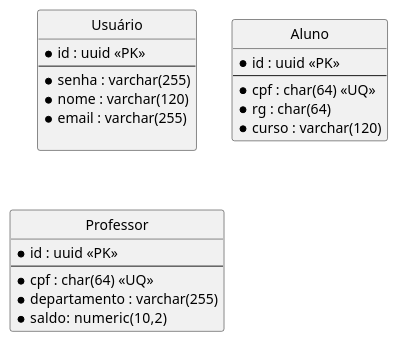
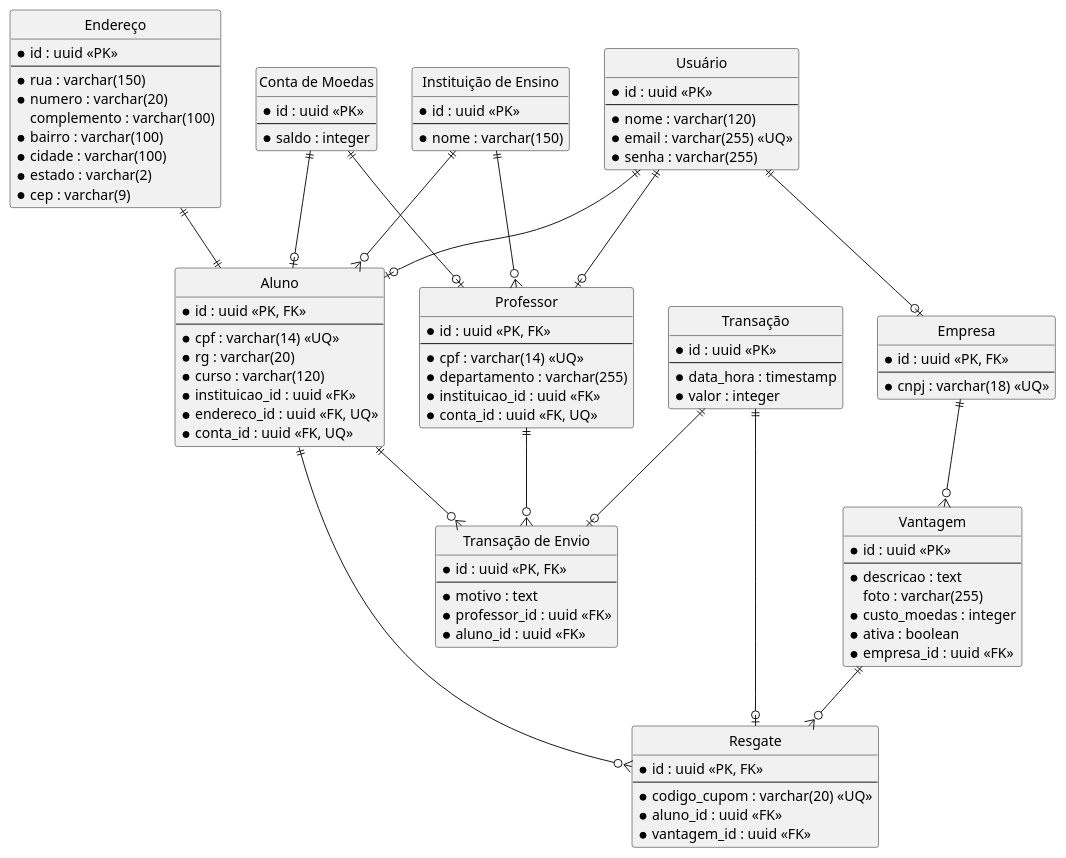
The diagram in docs/diagramas/der.puml (brunokilo/lab03-projetoSoftware), drawn with PlantUML before and after one commit. The commit also changed 1 other file, not shown here.

Commit message:
feat: atualização do diagrama ER com novas entidades e atributos

```diff
--- a/docs/diagramas/der.puml
+++ b/docs/diagramas/der.puml
@@ -1,27 +1,117 @@
 @startuml
 hide circle
 hide methods
 
 entity "Usuário" as Usuario {
   * id : uuid <<PK>>
   --
-  *senha : varchar(255)
-  *nome : varchar(120)
-  *email : varchar(255)
+  * nome : varchar(120)
+  * email : varchar(255) <<UQ>>
+  * senha : varchar(255)
+}
 
+entity Aluno {
+  * id : uuid <<PK, FK>>
+  --
+  * cpf : varchar(14) <<UQ>>
+  * rg : varchar(20)
+  * curso : varchar(120)
+  * instituicao_id : uuid <<FK>>
+  * endereco_id : uuid <<FK, UQ>>
+  * conta_id : uuid <<FK, UQ>>
 }
-entity Aluno {
+
+entity Professor {
+  * id : uuid <<PK, FK>>
+  --
+  * cpf : varchar(14) <<UQ>>
+  * departamento : varchar(255)
+  * instituicao_id : uuid <<FK>>
+  * conta_id : uuid <<FK, UQ>>
+}
+
+entity Empresa {
+  * id : uuid <<PK, FK>>
+  --
+  * cnpj : varchar(18) <<UQ>>
+}
+
+entity "Instituição de Ensino" as InstituicaoEnsino {
   * id : uuid <<PK>>
   --
-  * cpf : char(64) <<UQ>>
-  * rg : char(64)
-  * curso : varchar(120)
+  * nome : varchar(150)
 }
-entity Professor{
+
+entity "Endereço" as Endereco {
   * id : uuid <<PK>>
   --
-  * cpf : char(64) <<UQ>>
-  *departamento : varchar(255)
-  * saldo:  numeric(10,2)
+  * rua : varchar(150)
+  * numero : varchar(20)
+  complemento : varchar(100)
+  * bairro : varchar(100)
+  * cidade : varchar(100)
+  * estado : varchar(2)
+  * cep : varchar(9)
 }
+
+entity "Conta de Moedas" as ContaMoedas {
+  * id : uuid <<PK>>
+  --
+  * saldo : integer
+}
+
+entity Vantagem {
+  * id : uuid <<PK>>
+  --
+  * descricao : text
+  foto : varchar(255)
+  * custo_moedas : integer
+  * ativa : boolean
+  * empresa_id : uuid <<FK>>
+}
+
+entity "Transação" as Transacao {
+  * id : uuid <<PK>>
+  --
+  * data_hora : timestamp
+  * valor : integer
+}
+
+entity "Transação de Envio" as TransacaoEnvio {
+  * id : uuid <<PK, FK>>
+  --
+  * motivo : text
+  * professor_id : uuid <<FK>>
+  * aluno_id : uuid <<FK>>
+}
+
+entity Resgate {
+  * id : uuid <<PK, FK>>
+  --
+  * codigo_cupom : varchar(20) <<UQ>>
+  * aluno_id : uuid <<FK>>
+  * vantagem_id : uuid <<FK>>
+}
+
+Usuario ||--o| Aluno
+Usuario ||--o| Professor
+Usuario ||--o| Empresa
+
+InstituicaoEnsino ||--o{ Aluno
+InstituicaoEnsino ||--o{ Professor 
+Endereco ||--|| Aluno
+
+ContaMoedas ||--o| Aluno
+ContaMoedas ||--o| Professor
+
+Transacao ||--o| TransacaoEnvio
+Transacao ||--o| Resgate
+
+Professor ||--o{ TransacaoEnvio
+Aluno ||--o{ TransacaoEnvio
+
+Aluno ||--o{ Resgate
+Vantagem ||--o{ Resgate
+
+Empresa ||--o{ Vantagem
 @enduml
```
